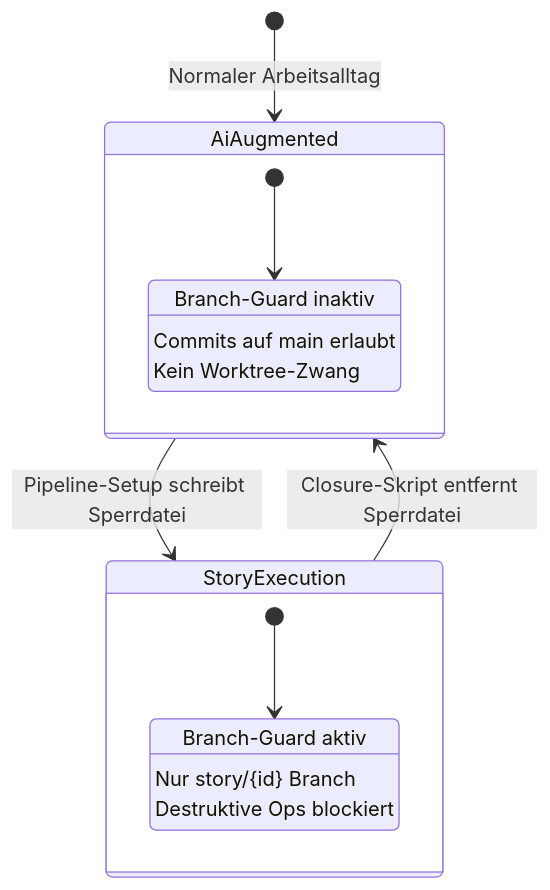
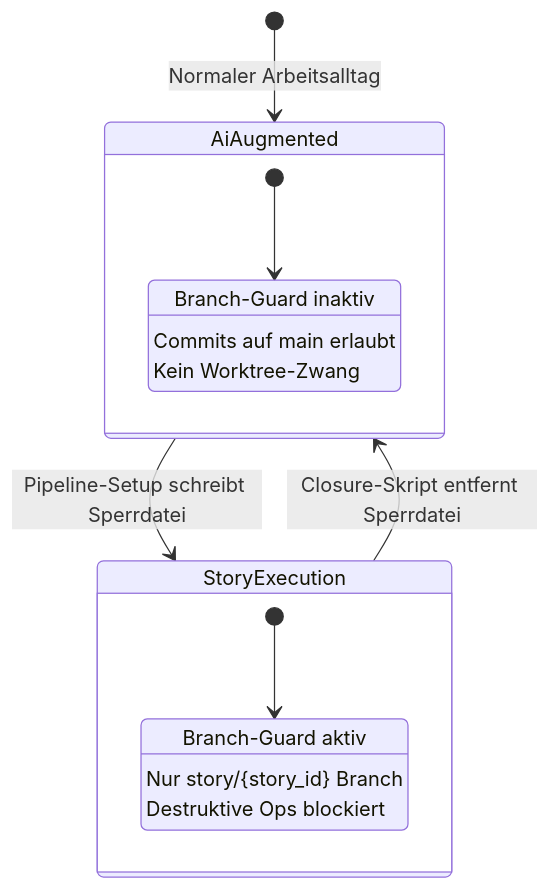
The third of 4 diagrams in concept/technical-design/12_github_integration_repo_operationen.md (saltenhof/claude-agentkit3), drawn with Mermaid before and after one commit. The commit also changed other lines of this file and 29 other files, not shown here.

````diff
--- a/concept/technical-design/12_github_integration_repo_operationen.md
+++ b/concept/technical-design/12_github_integration_repo_operationen.md
@@ -252,20 +252,20 @@
 ```mermaid
 stateDiagram-v2
     [*] --> AiAugmented : Normaler Arbeitsalltag
     AiAugmented --> StoryExecution : Pipeline-Setup schreibt Sperrdatei
     StoryExecution --> AiAugmented : Closure-Skript entfernt Sperrdatei
 
     state AiAugmented {
         [*] --> FreeWork
         FreeWork : Branch-Guard inaktiv
         FreeWork : Commits auf main erlaubt
         FreeWork : Kein Worktree-Zwang
     }
 
     state StoryExecution {
         [*] --> Guarded
         Guarded : Branch-Guard aktiv
-        Guarded : Nur story/{id} Branch
+        Guarded : Nur story/{story_id} Branch
         Guarded : Destruktive Ops blockiert
     }
 ```
````
